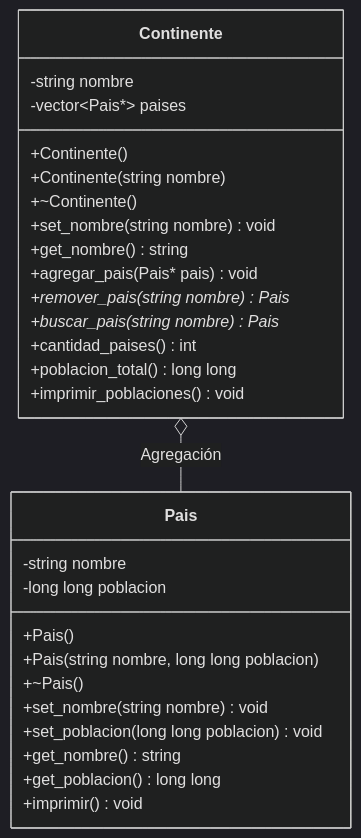
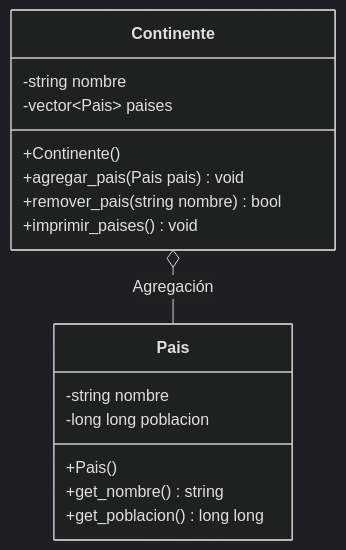
Before and after one commit to CursosProgramacionEP/PO_UTEC_Semana12: the first of 2 diagrams in A1_ContinentePais/README.md, drawn with Mermaid (dark theme). The commit also changed other lines of this file and 13 other files, not shown here.

````diff
--- a/A1_ContinentePais/README.md
+++ b/A1_ContinentePais/README.md
@@ -9,31 +11,19 @@
 ```mermaid
 classDiagram
     class Continente {
         -string nombre
-        -vector~Pais*~ paises
+        -vector~Pais~ paises
         +Continente()
-        +Continente(string nombre)
-        +~Continente()
-        +set_nombre(string nombre) void
-        +get_nombre() string
-        +agregar_pais(Pais* pais) void
-        +remover_pais(string nombre) Pais*
-        +buscar_pais(string nombre) Pais*
-        +cantidad_paises() int
-        +poblacion_total() long long
-        +imprimir_poblaciones() void
+        +agregar_pais(Pais pais) void
+        +remover_pais(string nombre) bool
+        +imprimir_paises() void
     }
     class Pais {
         -string nombre
         -long long poblacion
         +Pais()
-        +Pais(string nombre, long long poblacion)
-        +~Pais()
-        +set_nombre(string nombre) void
-        +set_poblacion(long long poblacion) void
         +get_nombre() string
         +get_poblacion() long long
-        +imprimir() void
     }
     Continente o-- Pais : Agregación
 ```
````
